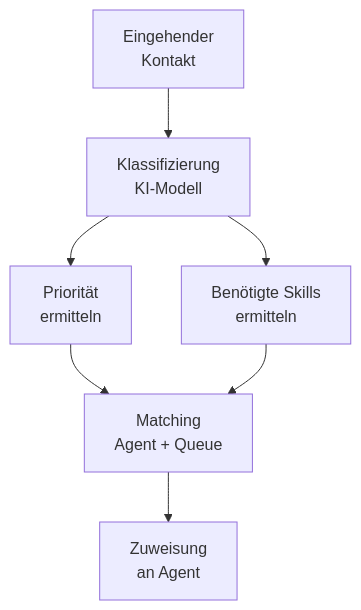
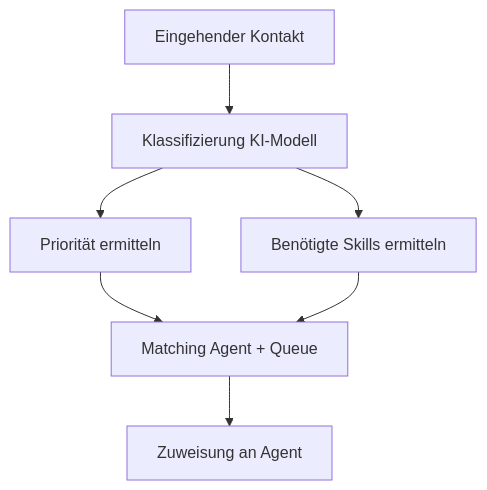
The second of 4 diagrams in Microsoft 365/Dynamics 365/Dynamics 365 Customer Service.md (SoniiiT/notes-n-docs), drawn with Mermaid before and after one commit. The commit also changed other lines of this file and 124 other files, not shown here.

First line of the commit message:
fix: Entferne \n aus allen Mermaid-Diagrammen (125 Dateien)

````diff
--- a/Microsoft 365/Dynamics 365/Dynamics 365 Customer Service.md
+++ b/Microsoft 365/Dynamics 365/Dynamics 365 Customer Service.md
@@ -67,9 +67,9 @@
 ```mermaid
 graph TD
-    EIN[Eingehender\nKontakt] --> CL[Klassifizierung\nKI-Modell]
-    CL --> PRIO[Priorität\nermitteln]
-    CL --> SKILL[Benötigte Skills\nermitteln]
-    PRIO --> MAT[Matching\nAgent + Queue]
+    EIN[Eingehender Kontakt] --> CL[Klassifizierung KI-Modell]
+    CL --> PRIO[Priorität ermitteln]
+    CL --> SKILL[Benötigte Skills ermitteln]
+    PRIO --> MAT[Matching Agent + Queue]
     SKILL --> MAT
-    MAT --> AGE[Zuweisung\nan Agent]
+    MAT --> AGE[Zuweisung an Agent]
 ```
````
